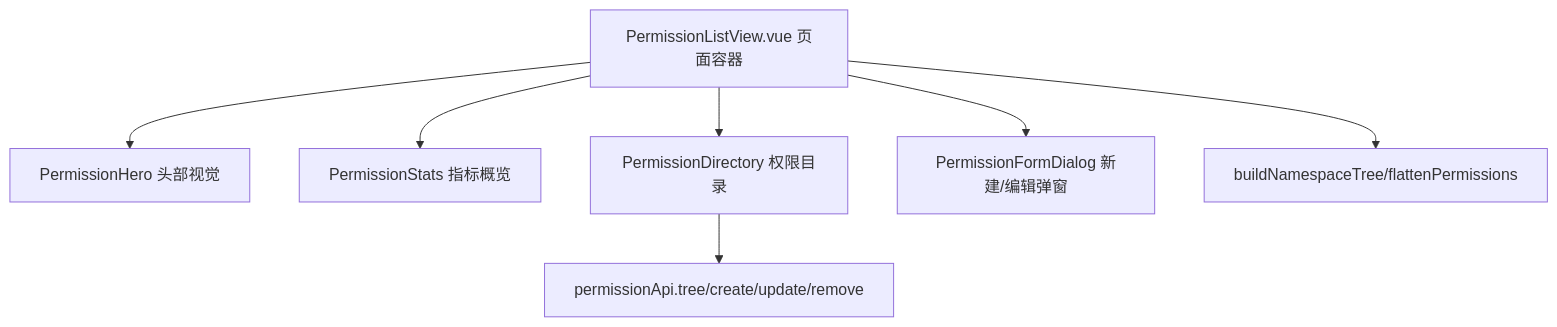
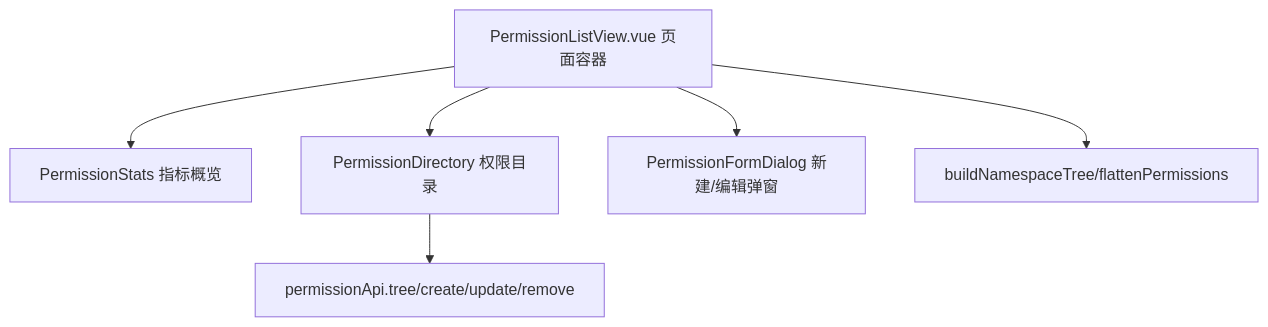
One commit to yiting001/E-sports-01 changed the sixth of 6 diagrams in docs/rbac.md. Above: the diagram before and after it, drawn with Mermaid. The commit also changed other lines of this file and 91 other files, not shown here.

````diff
--- a/docs/rbac.md
+++ b/docs/rbac.md
@@ -211,9 +211,8 @@
 ```mermaid
 flowchart TD
-  Page["PermissionListView.vue 页面容器"] --> Hero["PermissionHero 头部视觉"]
-  Page --> Stats["PermissionStats 指标概览"]
+  Page["PermissionListView.vue 页面容器"] --> Stats["PermissionStats 指标概览"]
   Page --> Directory["PermissionDirectory 权限目录"]
   Page --> FormDialog["PermissionFormDialog 新建/编辑弹窗"]
   Page --> TreeUtil["buildNamespaceTree/flattenPermissions"]
   Directory --> PermissionApi["permissionApi.tree/create/update/remove"]
 ```
````
